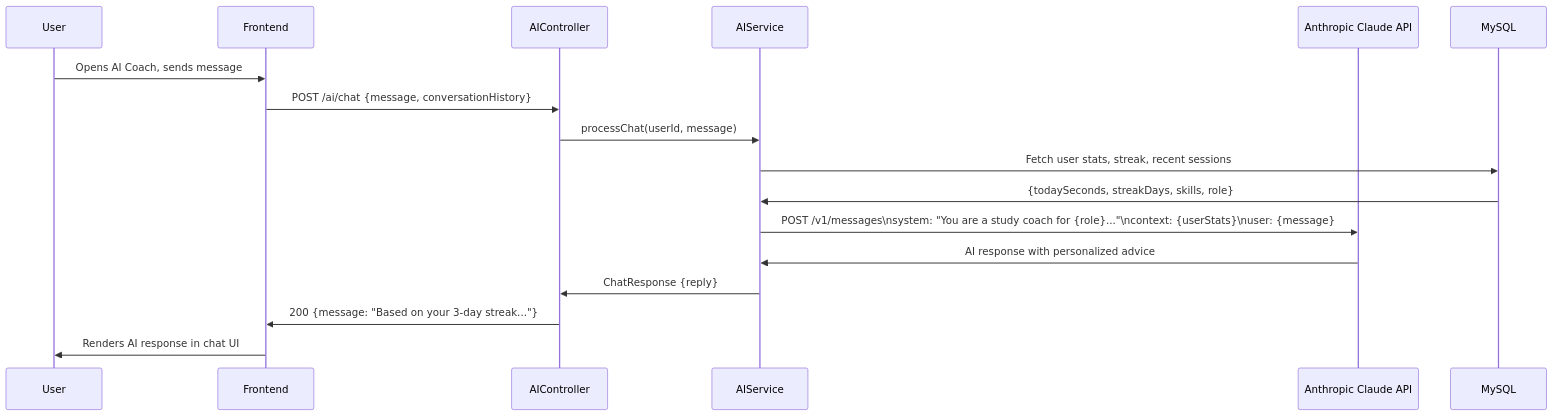
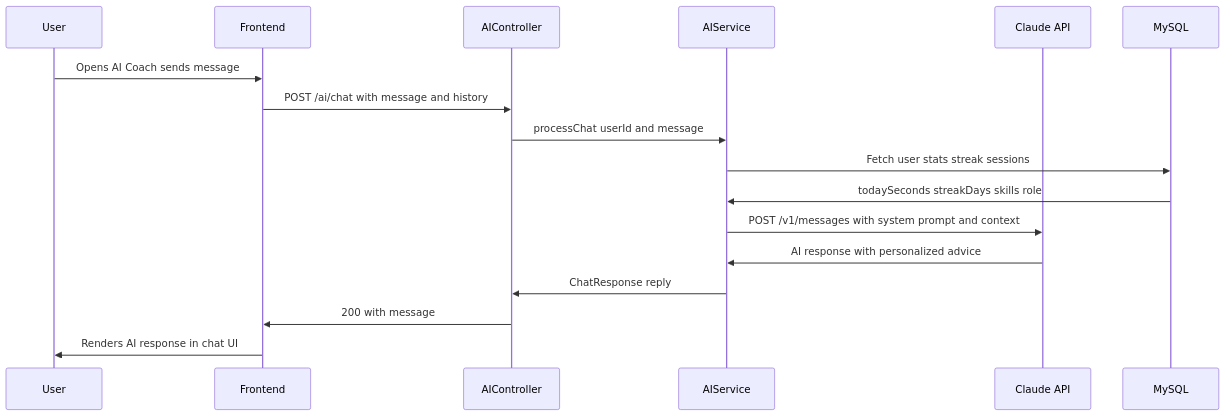
The third of 5 diagrams in README.md (rishikanthjavadev-stack/focusnest), drawn with Mermaid before and after one commit. The commit also changed other lines of this file, not shown here.

Commit message:
docs: add project story, problem statement and user personas to README

````diff
--- a/README.md
+++ b/README.md
@@ -177,20 +217,20 @@
 ```mermaid
 sequenceDiagram
     participant User
     participant Frontend
     participant AIController
     participant AIService
-    participant Claude as Anthropic Claude API
+    participant Claude as Claude API
     participant MySQL
 
-    User->>Frontend: Opens AI Coach, sends message
-    Frontend->>AIController: POST /ai/chat {message, conversationHistory}
-    AIController->>AIService: processChat(userId, message)
-    AIService->>MySQL: Fetch user stats, streak, recent sessions
-    MySQL->>AIService: {todaySeconds, streakDays, skills, role}
-    AIService->>Claude: POST /v1/messages\nsystem: "You are a study coach for {role}..."\ncontext: {userStats}\nuser: {message}
+    User->>Frontend: Opens AI Coach sends message
+    Frontend->>AIController: POST /ai/chat with message and history
+    AIController->>AIService: processChat userId and message
+    AIService->>MySQL: Fetch user stats streak sessions
+    MySQL->>AIService: todaySeconds streakDays skills role
+    AIService->>Claude: POST /v1/messages with system prompt and context
     Claude->>AIService: AI response with personalized advice
-    AIService->>AIController: ChatResponse {reply}
-    AIController->>Frontend: 200 {message: "Based on your 3-day streak..."}
+    AIService->>AIController: ChatResponse reply
+    AIController->>Frontend: 200 with message
     Frontend->>User: Renders AI response in chat UI
 ```
````
